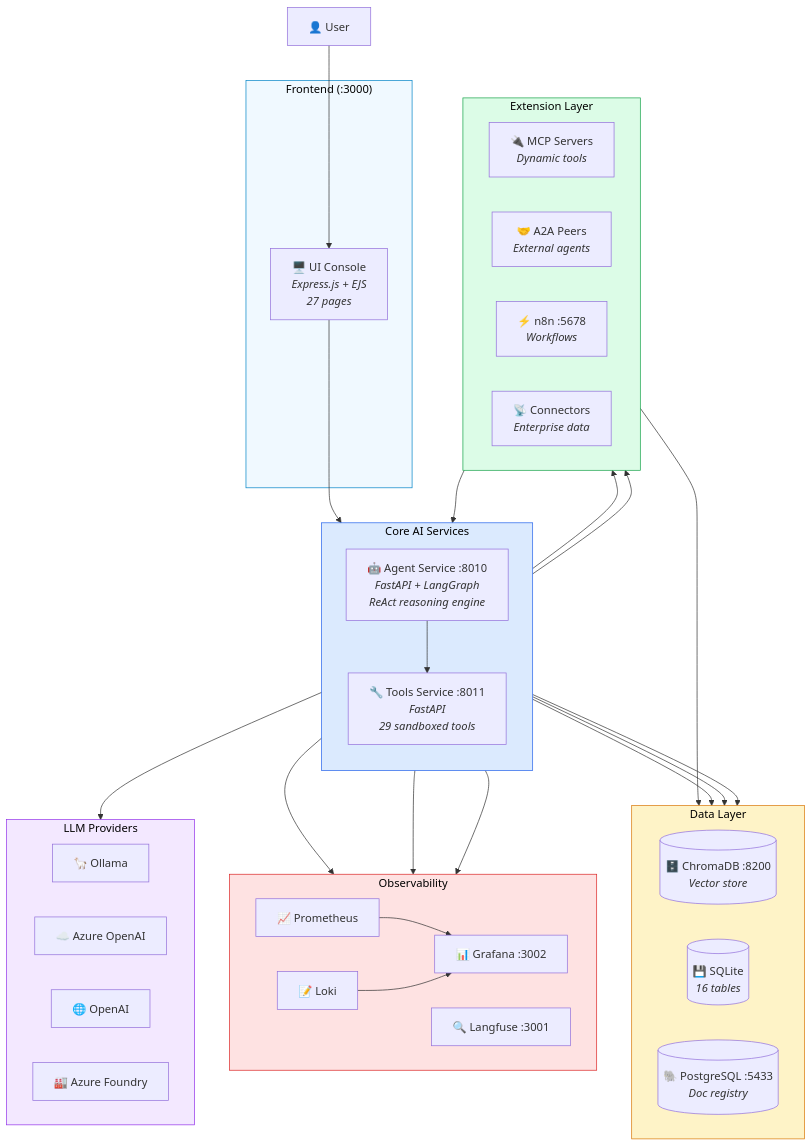
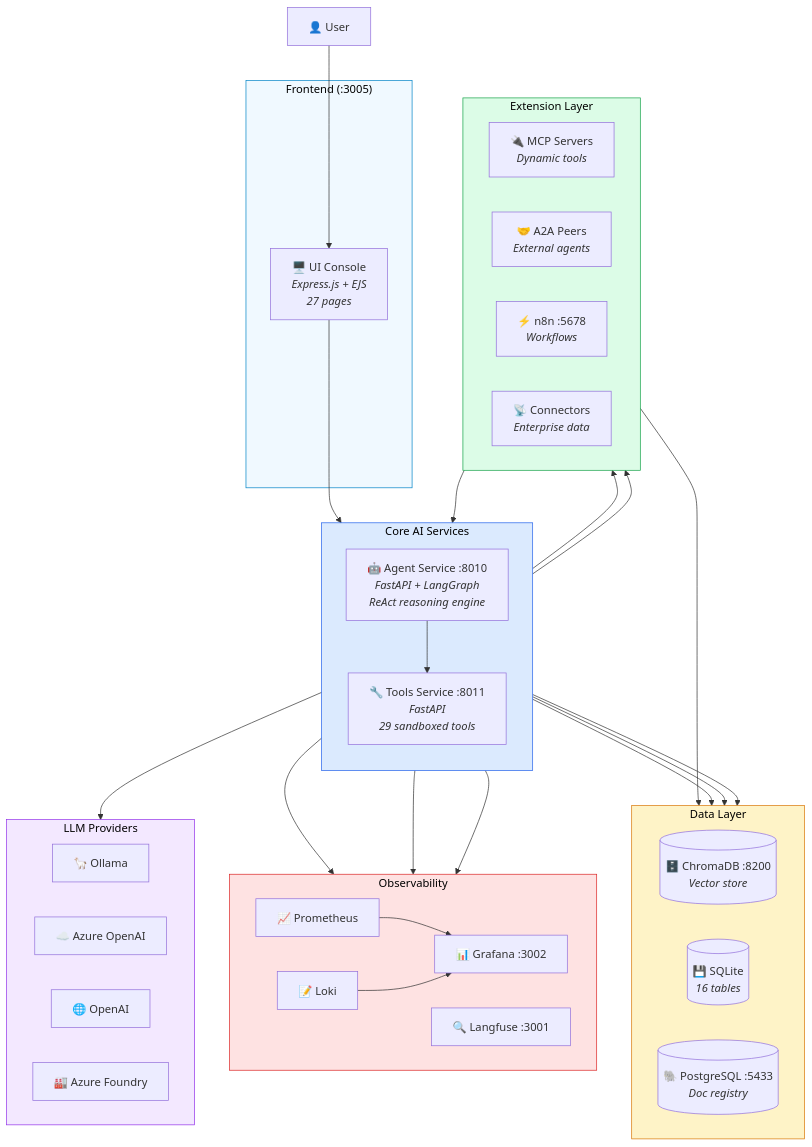
Diagram 17 of 17 in docs/AI-CAPABILITIES.md (rachit0412/agentic-platform), drawn with Mermaid before and after one commit. The commit also changed other lines of this file and 6 other files, not shown here.

````diff
--- a/docs/AI-CAPABILITIES.md
+++ b/docs/AI-CAPABILITIES.md
@@ -1105,68 +1106,68 @@
 ```mermaid
 flowchart TD
     USER["👤 User"]
 
-    subgraph Frontend["Frontend (:3000)"]
+    subgraph Frontend["Frontend (:3005)"]
         UI["🖥️ UI Console<br/><i>Express.js + EJS<br/>27 pages</i>"]
     end
 
     subgraph Core["Core AI Services"]
         direction TB
         AGENT["🤖 Agent Service :8010<br/><i>FastAPI + LangGraph<br/>ReAct reasoning engine</i>"]
         TOOLS["🔧 Tools Service :8011<br/><i>FastAPI<br/>29 sandboxed tools</i>"]
     end
 
     subgraph LLMs["LLM Providers"]
         direction LR
         OL["🦙 Ollama"]
         AZ["☁️ Azure OpenAI"]
         OA["🌐 OpenAI"]
         AF["🏭 Azure Foundry"]
     end
 
     subgraph Data["Data Layer"]
         direction LR
         CHROMA[("🗄️ ChromaDB :8200<br/><i>Vector store</i>")]
         SQLITE[("💾 SQLite<br/><i>16 tables</i>")]
         PG[("🐘 PostgreSQL :5433<br/><i>Doc registry</i>")]
     end
 
     subgraph Extensions["Extension Layer"]
         direction LR
         MCP["🔌 MCP Servers<br/><i>Dynamic tools</i>"]
         A2A["🤝 A2A Peers<br/><i>External agents</i>"]
         N8N["⚡ n8n :5678<br/><i>Workflows</i>"]
         CONN["📡 Connectors<br/><i>Enterprise data</i>"]
     end
 
     subgraph Observability["Observability"]
         direction LR
         PROM["📈 Prometheus"]
         LOKI["📝 Loki"]
         GRAF["📊 Grafana :3002"]
         LFUSE["🔍 Langfuse :3001"]
     end
 
     USER --> UI --> AGENT
     AGENT --> TOOLS
     AGENT --> LLMs
     AGENT --> CHROMA
     AGENT --> SQLITE
     AGENT --> PG
     AGENT --> MCP
     AGENT --> A2A
     N8N --> AGENT
     CONN --> CHROMA
     AGENT --> PROM
     AGENT --> LOKI
     PROM --> GRAF
     LOKI --> GRAF
     AGENT --> LFUSE
 
     style Frontend fill:#f0f9ff,stroke:#0284c7,color:#000
     style Core fill:#dbeafe,stroke:#2563eb,color:#000
     style LLMs fill:#f3e8ff,stroke:#9333ea,color:#000
     style Data fill:#fef3c7,stroke:#d97706,color:#000
     style Extensions fill:#dcfce7,stroke:#16a34a,color:#000
     style Observability fill:#fee2e2,stroke:#dc2626,color:#000
 ```
````
